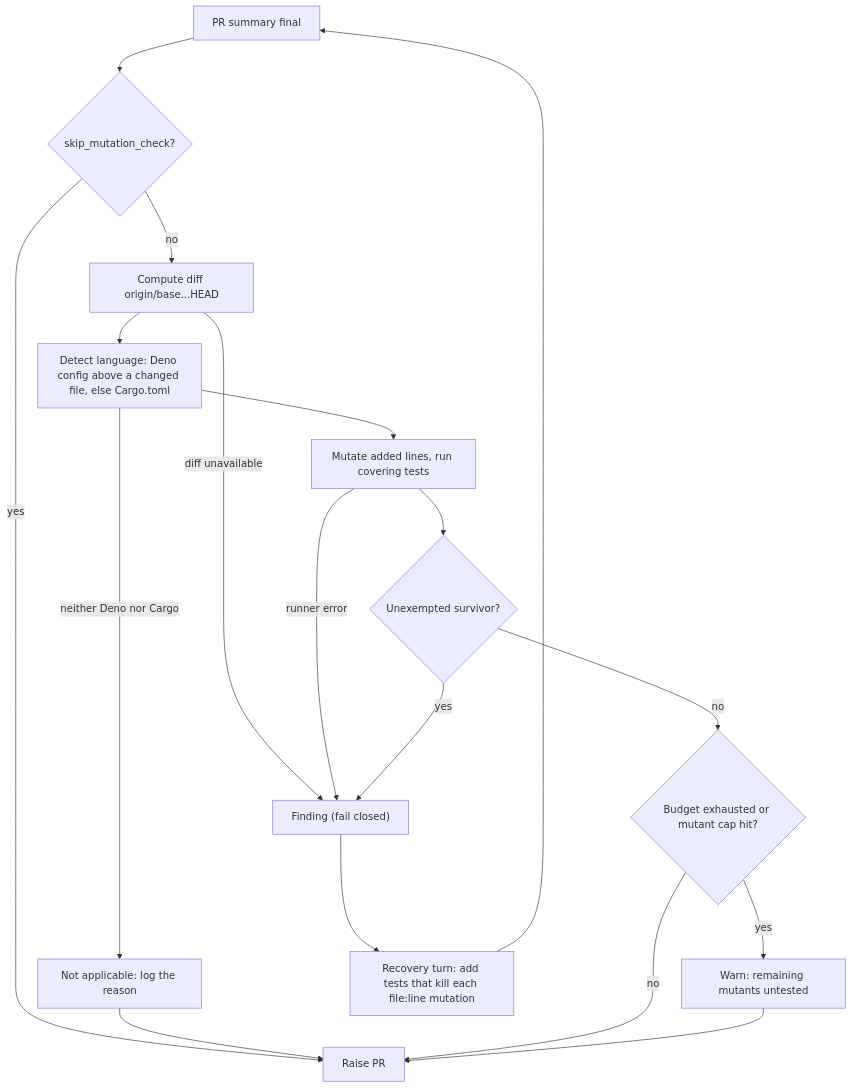
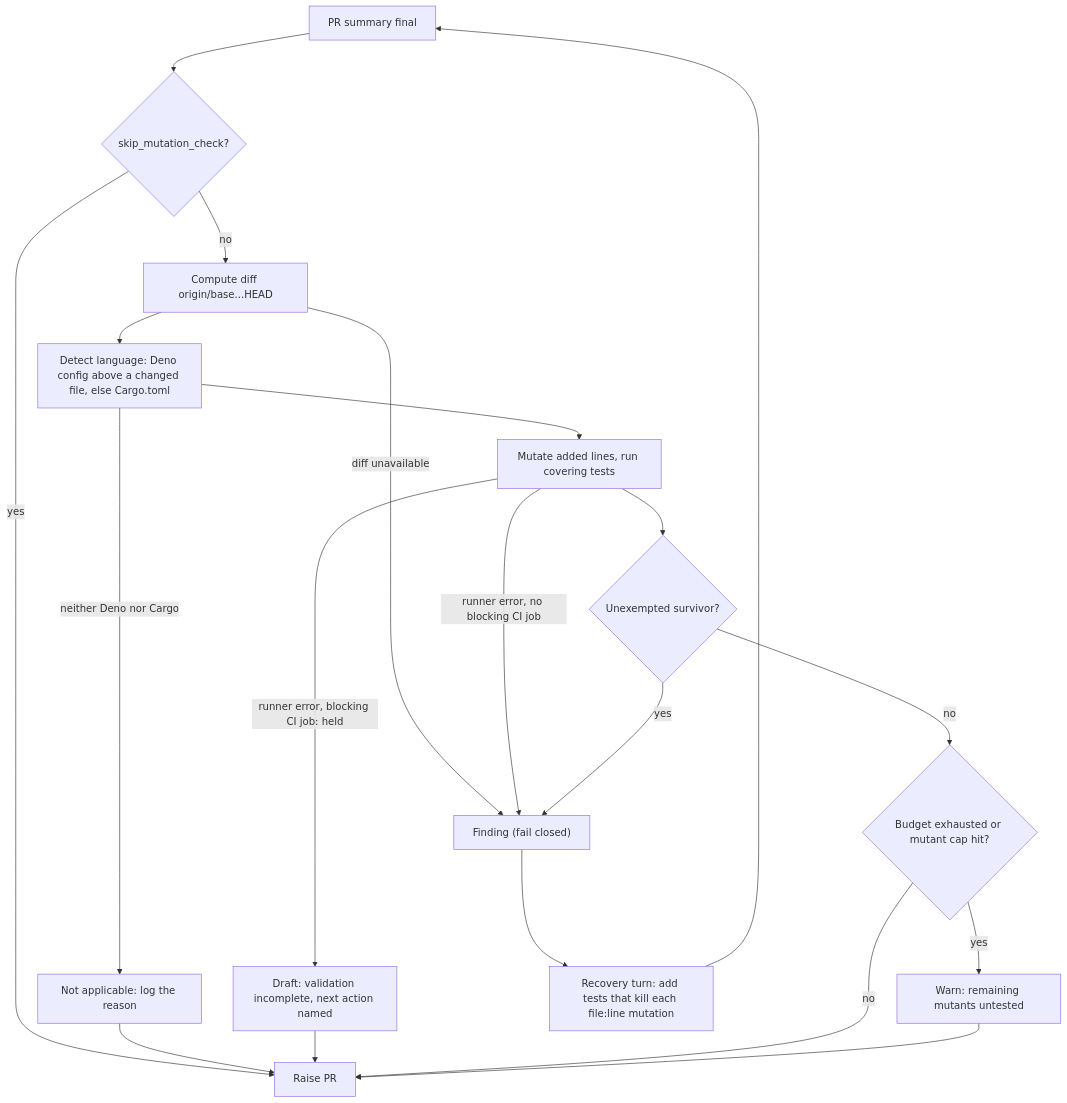
Before and after one commit to stSoftwareAU/VibeCoder: the first of 3 diagrams in docs/mutation-check.md, drawn with Mermaid. The commit also changed other lines of this file and 30 other files, not shown here.

First line of the commit message:
Hold the PR as a draft when CI's mutants job blocks on surviving mutants (Issue #4617) (#4744)

````diff
--- a/docs/mutation-check.md
+++ b/docs/mutation-check.md
@@ -29,20 +35,22 @@
 ```mermaid
 flowchart TD
     A["PR summary final"] --> B{"skip_mutation_check?"}
     B -- yes --> Z["Raise PR"]
     B -- no --> D["Compute diff origin/base...HEAD"]
     D -- "diff unavailable" --> X["Finding (fail closed)"]
     D --> C["Detect language: Deno config above a changed file, else Cargo.toml"]
     C -- "neither Deno nor Cargo" --> N["Not applicable: log the reason"]
     N --> Z
     C --> E["Mutate added lines, run covering tests"]
-    E -- "runner error" --> X
+    E -- "runner error, no blocking CI job" --> X
+    E -- "runner error, blocking CI job: held" --> N2["Draft: validation incomplete, next action named"]
+    N2 --> Z
     E --> F{"Unexempted survivor?"}
     F -- yes --> X
     F -- no --> G{"Budget exhausted or mutant cap hit?"}
     G -- yes --> W["Warn: remaining mutants untested"]
     G -- no --> Z
     W --> Z
     X --> R["Recovery turn: add tests that kill each file:line mutation"]
     R --> A
 ```
````
